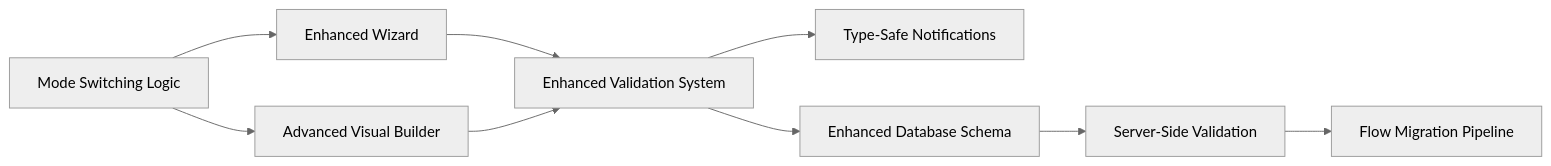
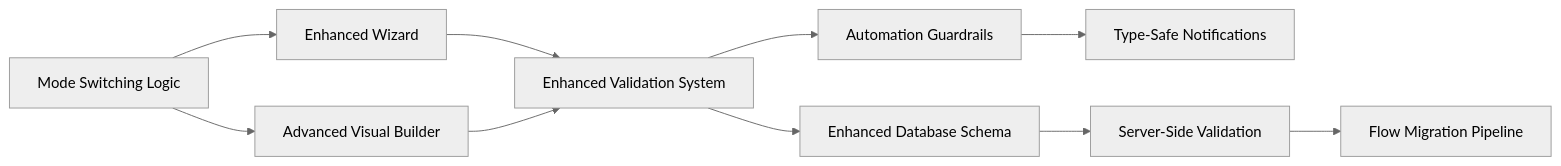
Before and after one commit to gastaldellomarco/pcReady: the eighth of 8 diagrams in .qoder/repowiki/en/content/Automation System/Automation System.md, drawn with Mermaid (neutral theme). The commit also changed other lines of this file and 12 other files, not shown here.

````diff
--- a/.qoder/repowiki/en/content/Automation System/Automation System.md
+++ b/.qoder/repowiki/en/content/Automation System/Automation System.md
@@ -645,11 +813,12 @@
 ```mermaid
 graph LR
 ModeSwitch["Mode Switching Logic"] --> Wizard["Enhanced Wizard"]
 ModeSwitch --> Builder["Advanced Visual Builder"]
 Wizard --> Validation["Enhanced Validation System"]
 Builder --> Validation
-Validation --> Notifications["Type-Safe Notifications"]
+Validation --> Guardrails["Automation Guardrails"]
+Guardrails --> Notifications["Type-Safe Notifications"]
 Validation --> DB["Enhanced Database Schema"]
 DB --> Server["Server-Side Validation"]
 Server --> Migration["Flow Migration Pipeline"]
 ```
````
